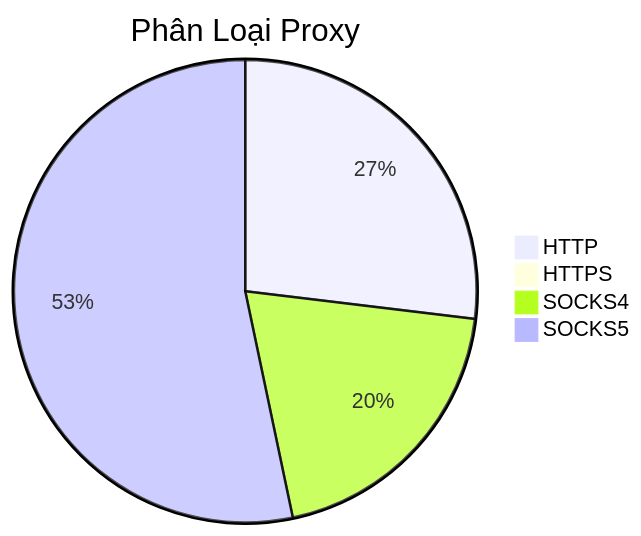
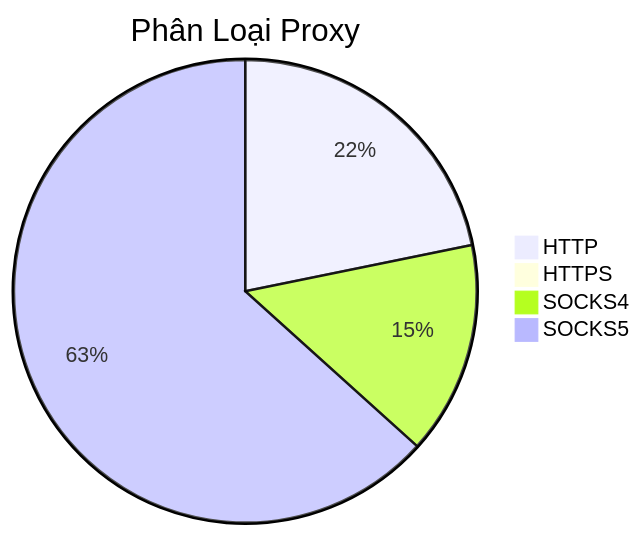
One commit to Ciara-Aa/PROXY-free changed the diagram in README.md. Above: the diagram before and after it, drawn with Mermaid. The commit also changed other lines of this file and 4 other files, not shown here.

````diff
--- a/README.md
+++ b/README.md
@@ -26,7 +26,7 @@
 ```mermaid
 pie title Phân Loại Proxy
-    "HTTP" : 359
-    "HTTPS" : 2
-    "SOCKS4" : 264
-    "SOCKS5" : 711
+    "HTTP" : 391
+    "HTTPS" : 3
+    "SOCKS4" : 267
+    "SOCKS5" : 1136
 ```
````
